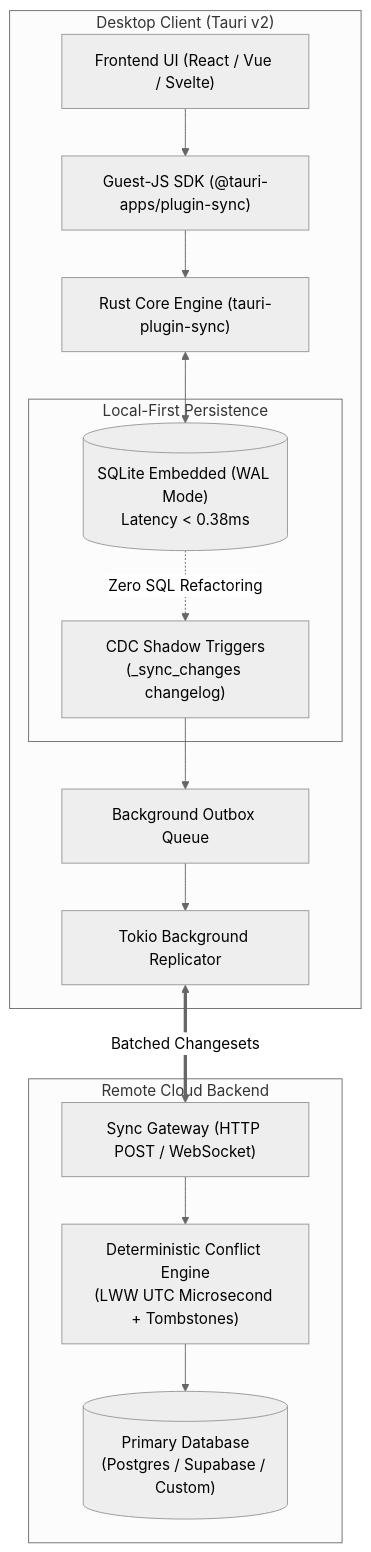
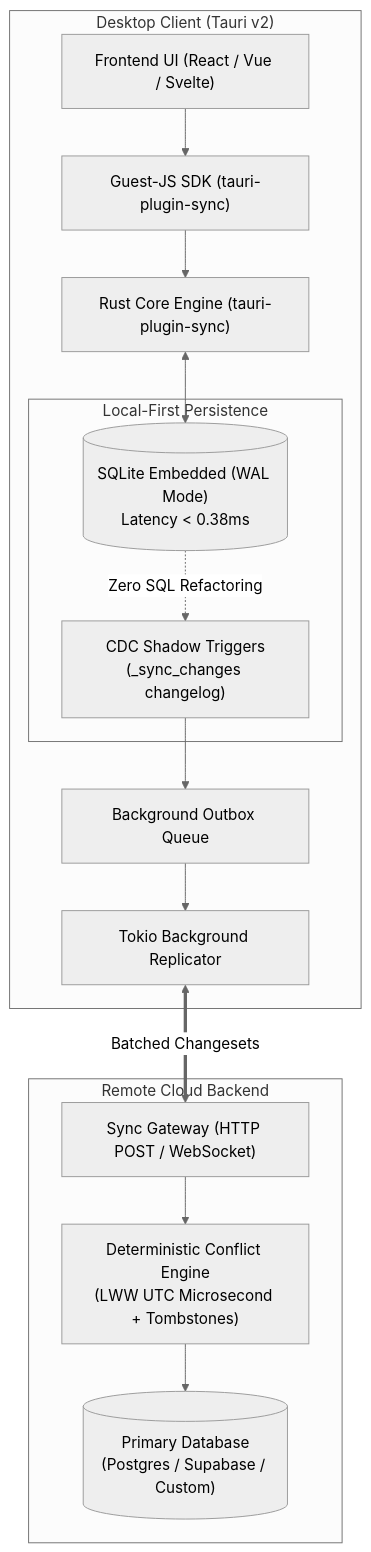
The diagram in README.md (kxrn-gupta/tauri-plugin-sync), drawn with Mermaid (neutral theme) before and after one commit. The commit also changed other lines of this file and 4 other files, not shown here.

````diff
--- a/README.md
+++ b/README.md
@@ -118,27 +129,27 @@
 ```mermaid
 flowchart TD
     subgraph Client ["Desktop Client (Tauri v2)"]
-        UI["Frontend UI (React / Vue / Svelte)"] --> SDK["Guest-JS SDK (@tauri-apps/plugin-sync)"]
+        UI["Frontend UI (React / Vue / Svelte)"] --> SDK["Guest-JS SDK (tauri-plugin-sync)"]
         SDK --> Rust["Rust Core Engine (tauri-plugin-sync)"]
         
         subgraph LocalStorage ["Local-First Persistence"]
             SQLite[("SQLite Embedded (WAL Mode)<br/>Latency < 0.38ms")]
             CDC["CDC Shadow Triggers<br/>(_sync_changes changelog)"]
             SQLite -. "Zero SQL Refactoring" .-> CDC
         end
         
         Rust <--> SQLite
         CDC --> Outbox["Background Outbox Queue"]
         Outbox --> Worker["Tokio Background Replicator"]
     end
 
     subgraph RemoteServer ["Remote Cloud Backend"]
         API["Sync Gateway (HTTP POST / WebSocket)"]
         Conflict["Deterministic Conflict Engine<br/>(LWW UTC Microsecond + Tombstones)"]
         RemoteDB[("Primary Database<br/>(Postgres / Supabase / Custom)")]
         
         API --> Conflict --> RemoteDB
     end
 
     Worker <== "Batched Changesets" ==> API
 ```
````
